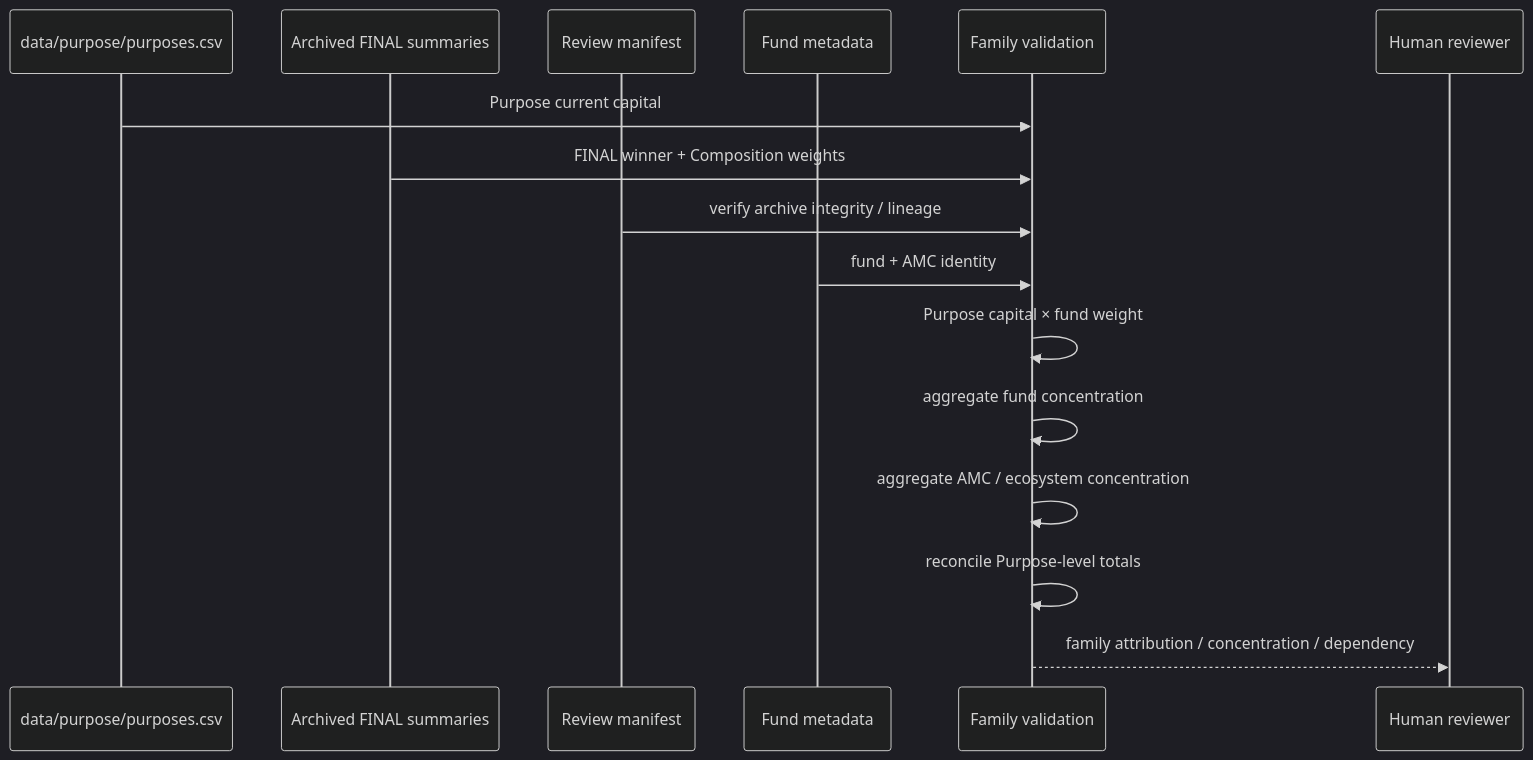
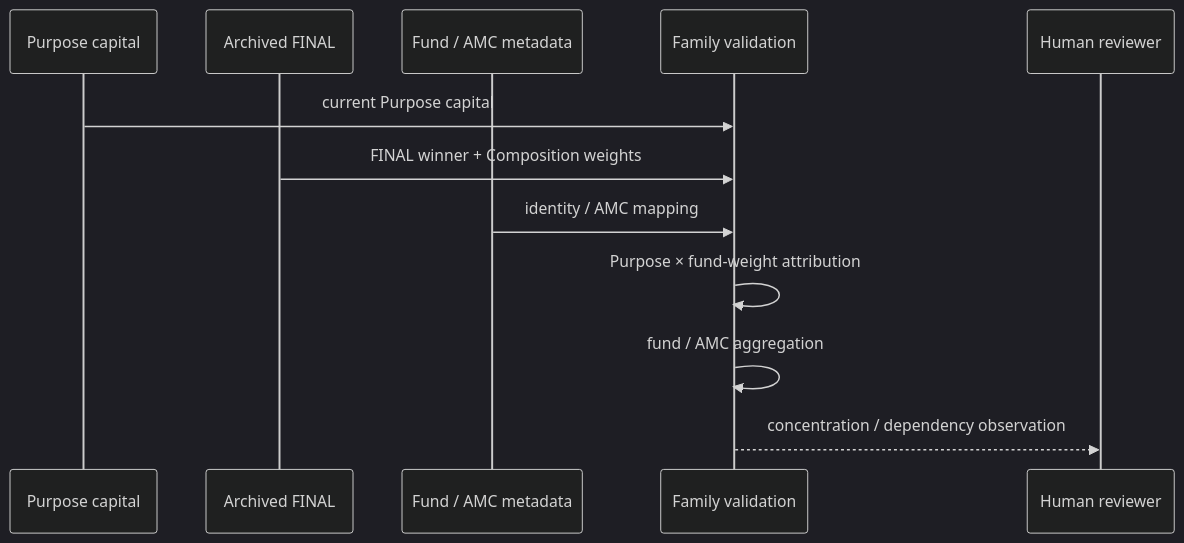
Before and after one commit to rrajeshkannan/lakshya: the tenth of 13 diagrams in docs/Lakshya_Pipeline_Sequence.md, drawn with Mermaid (dark theme). The commit also changed other lines of this file, not shown here.

Commit message:
DOCS: extend pipeline sequence through transition boundary

````diff
--- a/docs/Lakshya_Pipeline_Sequence.md
+++ b/docs/Lakshya_Pipeline_Sequence.md
@@ -471,19 +312,15 @@
 ```mermaid
 sequenceDiagram
-    participant Purpose as data/purpose/purposes.csv
-    participant Archive as Archived FINAL summaries
-    participant Manifest as Review manifest
-    participant Metadata as Fund metadata
-    participant Attribution as Family validation
-    participant Review as Human reviewer
+    participant Purpose as Purpose capital
+    participant Archive as Archived FINAL
+    participant Metadata as Fund / AMC metadata
+    participant Validation as Family validation
+    participant Reviewer as Human reviewer
 
-    Purpose->>Attribution: Purpose current capital
-    Archive->>Attribution: FINAL winner + Composition weights
-    Manifest->>Attribution: verify archive integrity / lineage
-    Metadata->>Attribution: fund + AMC identity
-    Attribution->>Attribution: Purpose capital × fund weight
-    Attribution->>Attribution: aggregate fund concentration
-    Attribution->>Attribution: aggregate AMC / ecosystem concentration
-    Attribution->>Attribution: reconcile Purpose-level totals
-    Attribution-->>Review: family attribution / concentration / dependency
+    Purpose->>Validation: current Purpose capital
+    Archive->>Validation: FINAL winner + Composition weights
+    Metadata->>Validation: identity / AMC mapping
+    Validation->>Validation: Purpose × fund-weight attribution
+    Validation->>Validation: fund / AMC aggregation
+    Validation-->>Reviewer: concentration / dependency observation
 ```
````
